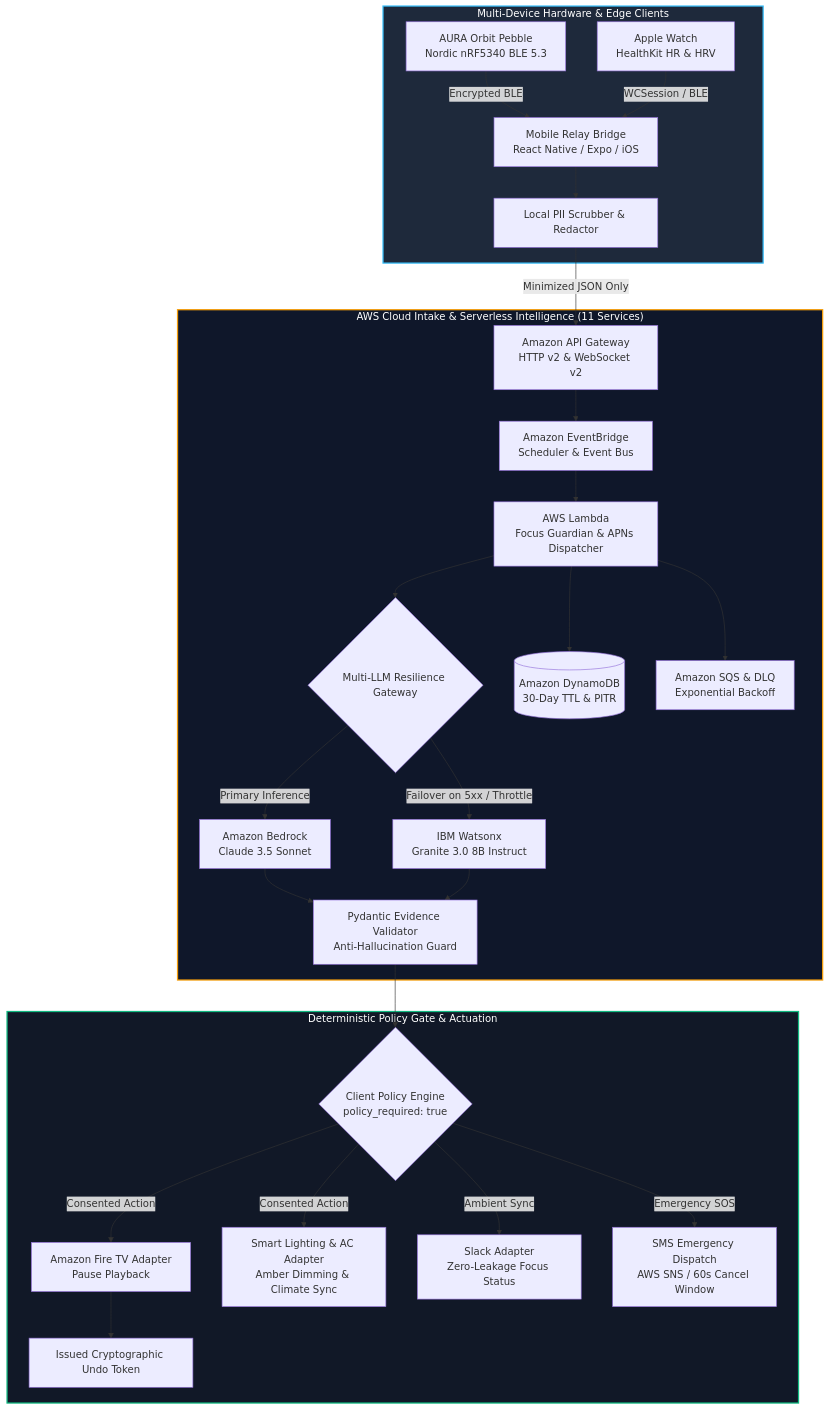
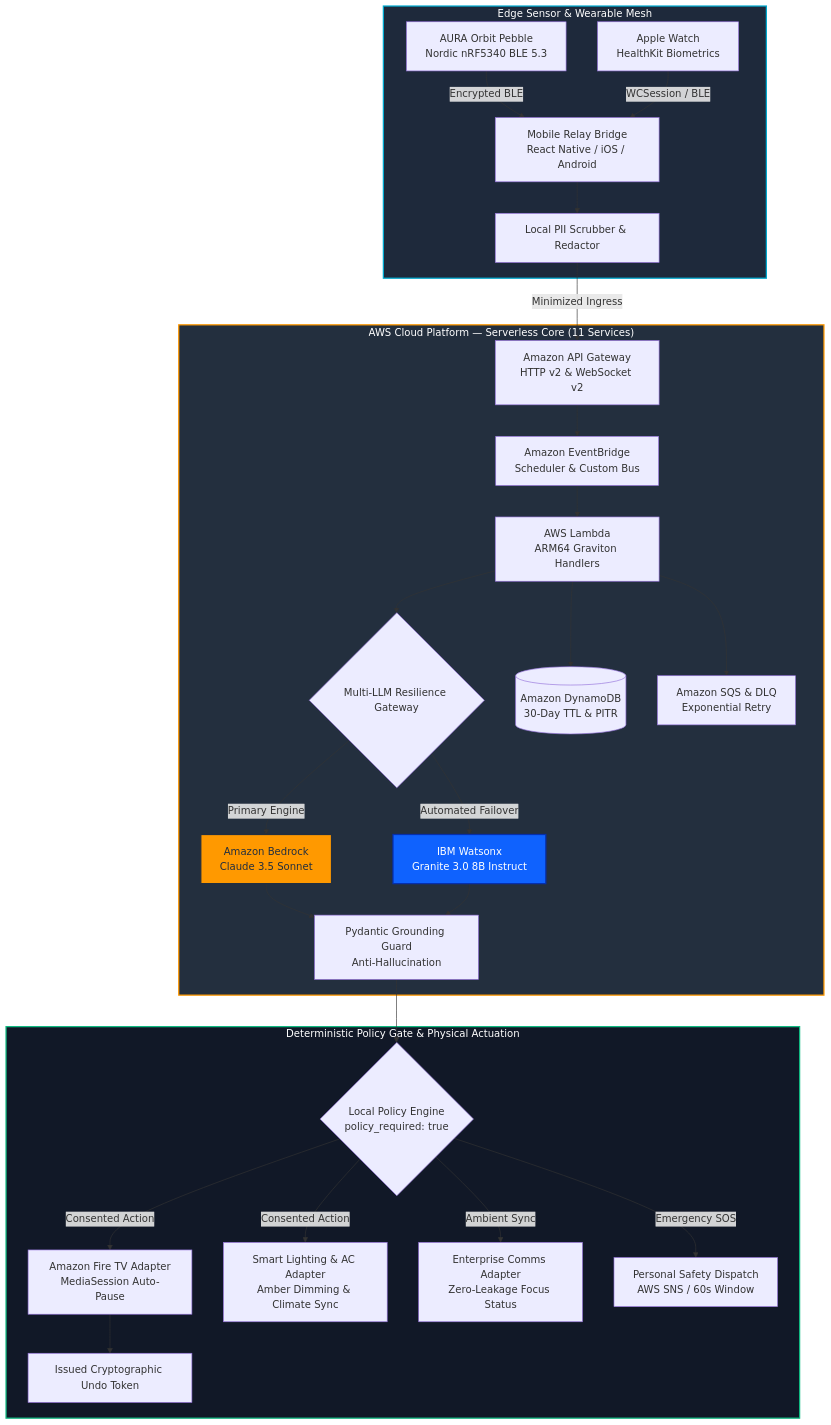
The first of 3 diagrams in README.md (adityashinde0/AURA), drawn with Mermaid before and after one commit. The commit also changed other lines of this file and 1 other file, not shown here.

Commit message:
docs: elevate README to enterprise AWS and IBM cloud architecture standards

````diff
--- a/README.md
+++ b/README.md
@@ -95,37 +70,39 @@
 ```mermaid
-graph TD
-    subgraph Multi_Device_Clients ["Multi-Device Hardware & Edge Clients"]
-        A[AURA Orbit Pebble<br/>Nordic nRF5340 BLE 5.3] -->|Encrypted BLE| C[Mobile Relay Bridge<br/>React Native / Expo / iOS]
-        B[Apple Watch<br/>HealthKit HR & HRV] -->|WCSession / BLE| C
+flowchart TD
+    subgraph Multi_Device_Clients ["Edge Sensor & Wearable Mesh"]
+        A[AURA Orbit Pebble<br/>Nordic nRF5340 BLE 5.3] -->|Encrypted BLE| C[Mobile Relay Bridge<br/>React Native / iOS / Android]
+        B[Apple Watch<br/>HealthKit Biometrics] -->|WCSession / BLE| C
         C --> D[Local PII Scrubber & Redactor]
     end
 
-    subgraph AWS_Cloud_Platform ["AWS Cloud Intake & Serverless Intelligence (11 Services)"]
-        D -->|Minimized JSON Only| E[Amazon API Gateway<br/>HTTP v2 & WebSocket v2]
-        E --> F[Amazon EventBridge<br/>Scheduler & Event Bus]
-        F --> G[AWS Lambda<br/>Focus Guardian & APNs Dispatcher]
+    subgraph AWS_Cloud_Platform ["AWS Cloud Platform — Serverless Core (11 Services)"]
+        D -->|Minimized Ingress| E[Amazon API Gateway<br/>HTTP v2 & WebSocket v2]
+        E --> F[Amazon EventBridge<br/>Scheduler & Custom Bus]
+        F --> G[AWS Lambda<br/>ARM64 Graviton Handlers]
         
         G --> H{Multi-LLM Resilience Gateway}
-        H -->|Primary Inference| I[Amazon Bedrock<br/>Claude 3.5 Sonnet]
-        H -->|Failover on 5xx / Throttle| J[IBM Watsonx<br/>Granite 3.0 8B Instruct]
+        H -->|Primary Engine| I[Amazon Bedrock<br/>Claude 3.5 Sonnet]
+        H -->|Automated Failover| J[IBM Watsonx<br/>Granite 3.0 8B Instruct]
         
-        I --> K[Pydantic Evidence Validator<br/>Anti-Hallucination Guard]
+        I --> K[Pydantic Grounding Guard<br/>Anti-Hallucination]
         J --> K
         
         G --> L[(Amazon DynamoDB<br/>30-Day TTL & PITR)]
-        G --> M[Amazon SQS & DLQ<br/>Exponential Backoff]
+        G --> M[Amazon SQS & DLQ<br/>Exponential Retry]
     end
 
-    subgraph Policy_Gate ["Deterministic Policy Gate & Actuation"]
-        K --> N{Client Policy Engine<br/>policy_required: true}
-        N -->|Consented Action| O[Amazon Fire TV Adapter<br/>Pause Playback]
+    subgraph Policy_Gate ["Deterministic Policy Gate & Physical Actuation"]
+        K --> N{Local Policy Engine<br/>policy_required: true}
+        N -->|Consented Action| O[Amazon Fire TV Adapter<br/>MediaSession Auto-Pause]
         N -->|Consented Action| P[Smart Lighting & AC Adapter<br/>Amber Dimming & Climate Sync]
-        N -->|Ambient Sync| Q[Slack Adapter<br/>Zero-Leakage Focus Status]
-        N -->|Emergency SOS| R[SMS Emergency Dispatch<br/>AWS SNS / 60s Cancel Window]
+        N -->|Ambient Sync| Q[Enterprise Comms Adapter<br/>Zero-Leakage Focus Status]
+        N -->|Emergency SOS| R[Personal Safety Dispatch<br/>AWS SNS / 60s Window]
         O --> S[Issued Cryptographic Undo Token]
     end
 
-    style Multi_Device_Clients fill:#1e293b,stroke:#38bdf8,stroke-width:2px,color:#fff
-    style AWS_Cloud_Platform fill:#0f172a,stroke:#f59e0b,stroke-width:2px,color:#fff
+    style Multi_Device_Clients fill:#1e293b,stroke:#00A9CE,stroke-width:2px,color:#fff
+    style AWS_Cloud_Platform fill:#232F3E,stroke:#FF9900,stroke-width:2px,color:#fff
     style Policy_Gate fill:#111827,stroke:#10b981,stroke-width:2px,color:#fff
+    style I fill:#FF9900,stroke:#232F3E,stroke-width:2px,color:#232F3E
+    style J fill:#0F62FE,stroke:#052FAD,stroke-width:2px,color:#fff
 ```
````
